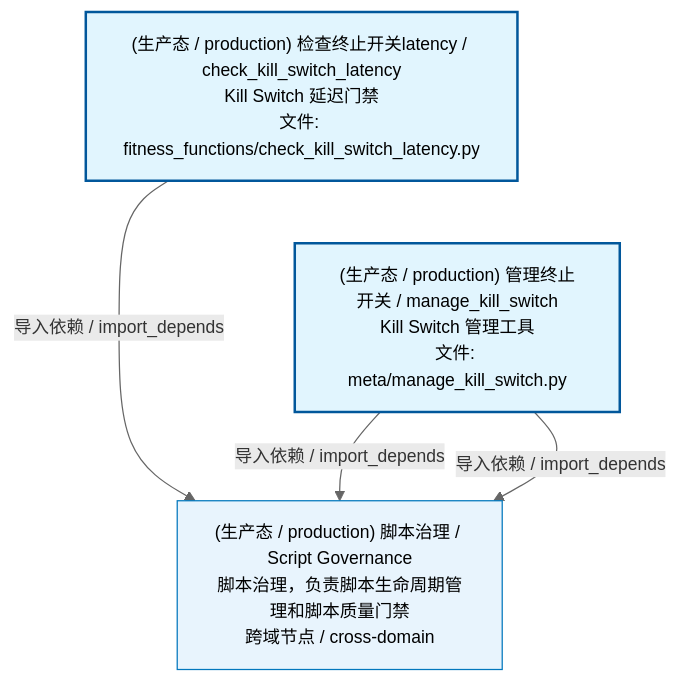
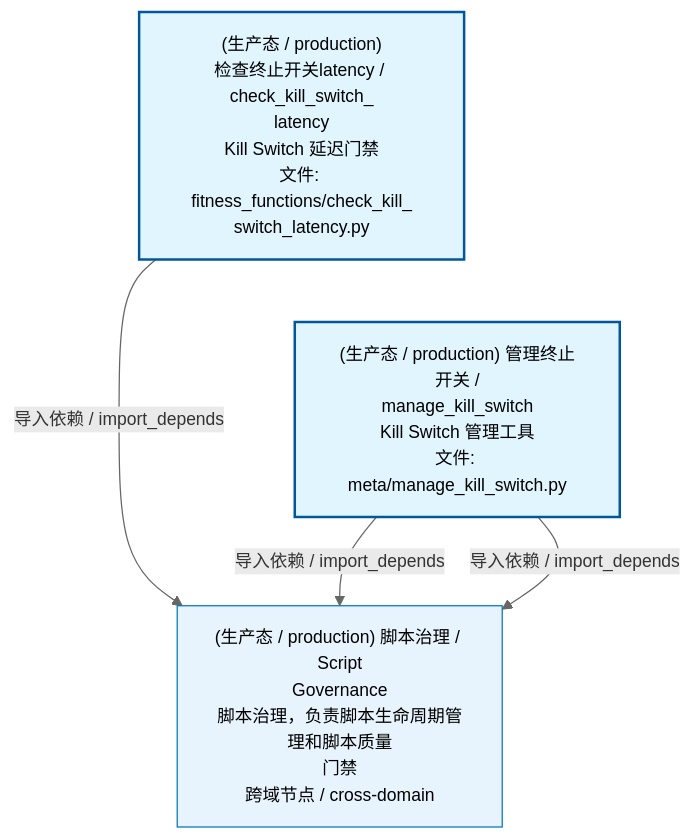
One commit to xuanFelixVan/ZephyrAlpha changed the first of 3 diagrams in docs/02_enterprise_architecture/02_domain_architecture_docs/34_d_autonomy_perm.md. Above: the diagram before and after it, drawn with Mermaid. The commit also changed other lines of this file and 59 other files, not shown here.

````diff
--- a/docs/02_enterprise_architecture/02_domain_architecture_docs/34_d_autonomy_perm.md
+++ b/docs/02_enterprise_architecture/02_domain_architecture_docs/34_d_autonomy_perm.md
@@ -53,17 +53,17 @@
 ```mermaid
 %%{init: {'theme': 'base', 'themeVariables': {'primaryColor': '#eaeaea', 'primaryTextColor': '#333333', 'primaryBorderColor': '#666666', 'lineColor': '#666666', 'secondaryColor': '#eaeaea', 'tertiaryColor': '#eaeaea', 'fontSize': '14px'}}}%%
 flowchart TD
-    scripts_arch_guard_fitness_functions_check_kill_switch_latency_py["(生产态 / production) 检查终止开关latency / check_kill_switch_latency<br/>Kill Switch 延迟门禁<br/>文件: fitness_functions/check_kill_switch_latency.py"]
-    scripts_governance_meta_manage_kill_switch_py["(生产态 / production) 管理终止开关 / manage_kill_switch<br/>Kill Switch 管理工具<br/>文件: meta/manage_kill_switch.py"]
+    scripts_arch_guard_fitness_functions_check_kill_switch_latency_py["(生产态 / production)<br/>检查终止开关latency / check_kill_switch_<br/>latency<br/>Kill Switch 延迟门禁<br/>文件: fitness_functions/check_kill_<br/>switch_latency.py"]
+    scripts_governance_meta_manage_kill_switch_py["(生产态 / production) 管理终止开关 /<br/>manage_kill_switch<br/>Kill Switch 管理工具<br/>文件: meta/manage_kill_switch.py"]
     scripts_arch_guard_fitness_functions_check_kill_switch_latency_py ~~~ scripts_governance_meta_manage_kill_switch_py
-    D_GOV_SCRIPTS["(生产态 / production) 脚本治理 / Script Governance<br/>脚本治理，负责脚本生命周期管理和脚本质量门禁<br/>跨域节点 / cross-domain"]
+    D_GOV_SCRIPTS["(生产态 / production) 脚本治理 / Script<br/>Governance<br/>脚本治理，负责脚本生命周期管理和脚本质量<br/>门禁<br/>跨域节点 / cross-domain"]
     scripts_arch_guard_fitness_functions_check_kill_switch_latency_py -->|导入依赖 / import_depends| D_GOV_SCRIPTS
     scripts_governance_meta_manage_kill_switch_py -->|导入依赖 / import_depends| D_GOV_SCRIPTS
     scripts_governance_meta_manage_kill_switch_py -->|导入依赖 / import_depends| D_GOV_SCRIPTS
     classDef production fill:#e1f5fe,stroke:#01579b,stroke-width:2px,color:#000
     classDef design fill:#fff3e0,stroke:#e65100,stroke-width:2px,color:#000,stroke-dasharray: 5 5
     classDef external_prod fill:#e8f4fd,stroke:#0277bd,stroke-width:1px,color:#000
     classDef external_design fill:#fff8e7,stroke:#ef6c00,stroke-width:1px,color:#000,stroke-dasharray: 5 5
     class scripts_arch_guard_fitness_functions_check_kill_switch_latency_py,scripts_governance_meta_manage_kill_switch_py production
     class D_GOV_SCRIPTS external_prod
 ```
````
